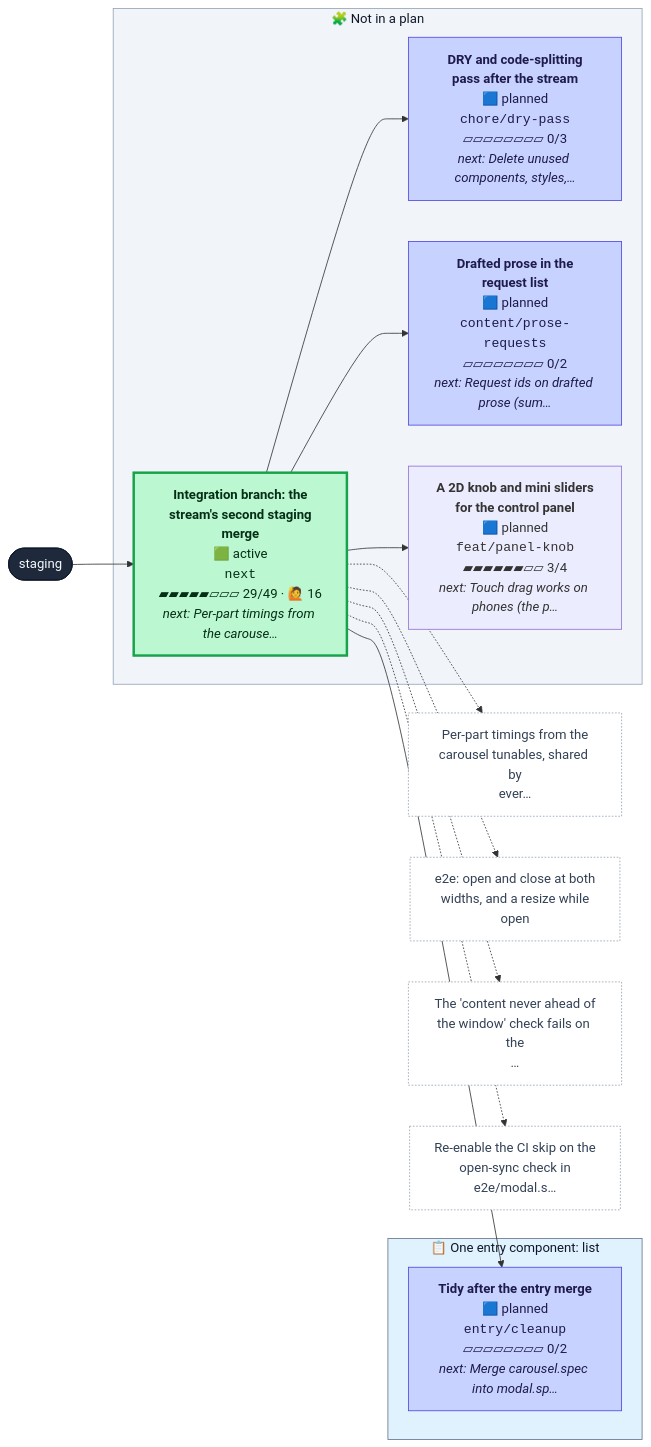
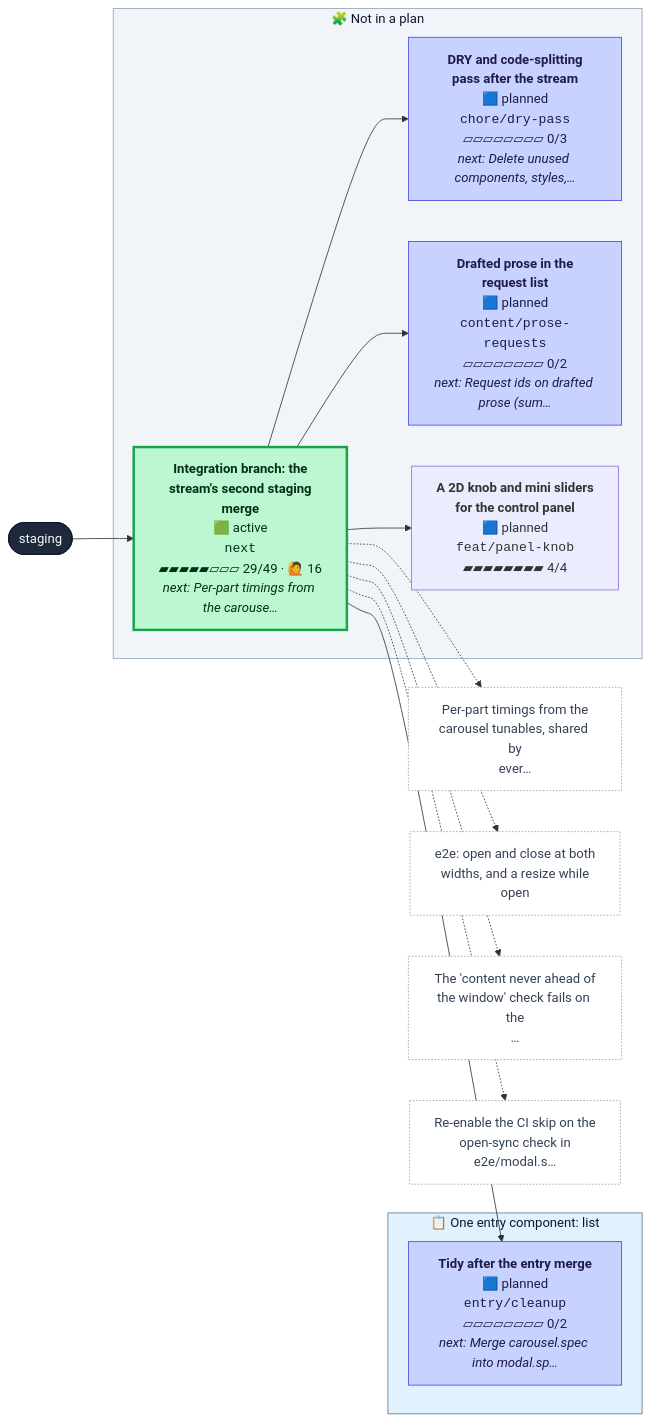
One commit to henryjonescodes/portfolio changed the first of 2 diagrams in CONTRIBUTING.md. Above: the diagram before and after it, drawn with Mermaid. The commit also changed other lines of this file, not shown here.

````diff
--- a/CONTRIBUTING.md
+++ b/CONTRIBUTING.md
@@ -16,47 +16,47 @@
 ```mermaid
 flowchart LR
   n_staging([staging])
   class n_staging trunk
   subgraph plan_0["📋 One entry component: list"]
     n_entry_cleanup["<b>Tidy after the entry merge</b><br/>🟦 planned<br/><code>entry/cleanup</code><br/>▱▱▱▱▱▱▱▱ 0/2<br/><i>next: Merge carousel.spec into modal.sp…</i>"]
     class n_entry_cleanup planned
   end
   style plan_0 fill:#e0f2fe,stroke:#64748b,color:#0f172a
   subgraph loose["🧩 Not in a plan"]
     n_chore_dry_pass["<b>DRY and code-splitting<br/>pass after the stream</b><br/>🟦 planned<br/><code>chore/dry-pass</code><br/>▱▱▱▱▱▱▱▱ 0/3<br/><i>next: Delete unused components, styles,…</i>"]
     class n_chore_dry_pass planned
     n_content_prose_requests["<b>Drafted prose in the<br/>request list</b><br/>🟦 planned<br/><code>content/prose-requests</code><br/>▱▱▱▱▱▱▱▱ 0/2<br/><i>next: Request ids on drafted prose (sum…</i>"]
     class n_content_prose_requests planned
-    n_feat_panel_knob["<b>A 2D knob and mini sliders<br/>for the control panel</b><br/>🟦 planned<br/><code>feat/panel-knob</code><br/>▰▰▰▰▰▰▱▱ 3/4<br/><i>next: Touch drag works on phones (the p…</i>"]
+    n_feat_panel_knob["<b>A 2D knob and mini sliders<br/>for the control panel</b><br/>🟦 planned<br/><code>feat/panel-knob</code><br/>▰▰▰▰▰▰▰▰ 4/4"]
     class n_feat_panel_knob planned,current
     n_next["<b>Integration branch: the<br/>stream's second staging<br/>merge</b><br/>🟩 active<br/><code>next</code><br/>▰▰▰▰▰▱▱▱ 29/49 · 🙋 16<br/><i>next: Per-part timings from the carouse…</i>"]
     class n_next active
   end
   style loose fill:#f1f5f9,stroke:#94a3b8,color:#0f172a
   n_next --> n_chore_dry_pass
   n_next --> n_content_prose_requests
   n_next --> n_entry_cleanup
   n_next --> n_feat_panel_knob
   n_staging --> n_next
   n_next_t0["Per-part timings from the<br/>carousel tunables, shared by<br/>ever…"]
   class n_next_t0 todo
   n_next -.-> n_next_t0
   n_next_t1["e2e: open and close at both<br/>widths, and a resize while<br/>open"]
   class n_next_t1 todo
   n_next -.-> n_next_t1
   n_next_t2["The 'content never ahead of<br/>the window' check fails on the<br/>…"]
   class n_next_t2 todo
   n_next -.-> n_next_t2
   n_next_t3["Re-enable the CI skip on the<br/>open-sync check in<br/>e2e/modal.s…"]
   class n_next_t3 todo
   n_next -.-> n_next_t3
   classDef merged fill:#dcfce7,stroke:#16a34a,color:#052e16
   classDef todo fill:#ffffff,stroke:#94a3b8,stroke-dasharray:2 2,color:#334155
   classDef planned fill:#c7d2fe,stroke:#4f46e5,color:#1e1b4b
   classDef sketched fill:#f8fafc,stroke:#64748b,stroke-dasharray:4 3,color:#334155
   classDef active fill:#bbf7d0,stroke:#16a34a,stroke-width:3px,color:#052e16
   classDef review fill:#fde68a,stroke:#d97706,stroke-width:3px,color:#451a03
   classDef blocked fill:#fecaca,stroke:#dc2626,stroke-width:3px,color:#450a0a
   classDef trunk fill:#1e293b,stroke:#0f172a,color:#f8fafc
   classDef current stroke:#0ea5e9,stroke-width:5px
 ```
````
